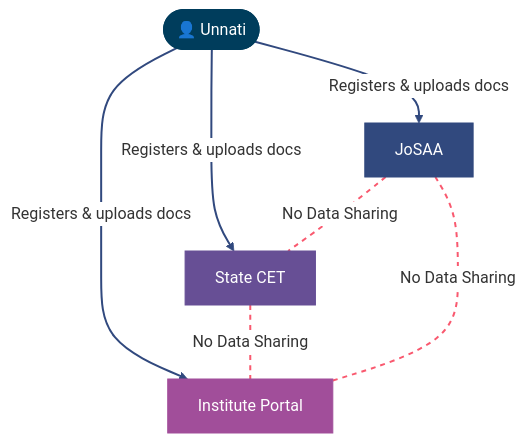
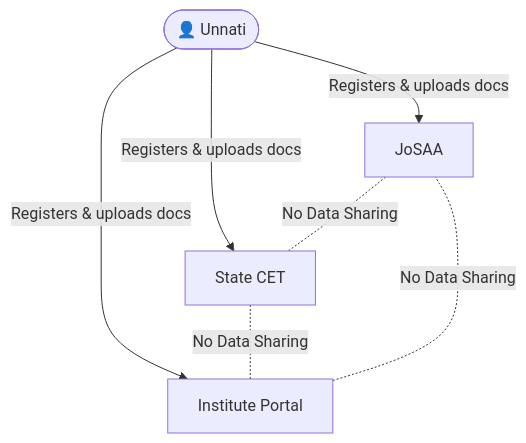
One commit to aashrutsharma/whitepaper changed the first of 3 diagrams in the-problem/what-superadmission-actually-changes.mdx. Above: the diagram before and after it, drawn with Mermaid. The commit also changed other lines of this file and 16 other files, not shown here.

````diff
--- a/the-problem/what-superadmission-actually-changes.mdx
+++ b/the-problem/what-superadmission-actually-changes.mdx
@@ -19,31 +19,13 @@
 ```mermaid
-%%{init: {
-  'theme': 'base',
-  'themeVariables': {
-    'background': 'transparent',
-    'fontFamily': 'ui-sans-serif, system-ui, -apple-system, sans-serif',
-    'lineColor': '#31497e',
-    'edgeLabelBackground': '#ffffff'
-  }
-}}%%
+
 flowchart TD
     U(["👤 Unnati"])
     
     U -->|Registers & uploads docs| J[" JoSAA"]
     U -->|Registers & uploads docs| S[" State CET"]
     U -->|Registers & uploads docs| I[" Institute Portal"]
 
     J -.-|No Data Sharing| S
     S -.-|No Data Sharing| I
     I -.-|No Data Sharing| J
-
-    %% Node Styling
-    style U fill:#003d5c,stroke:#003d5c,color:#ffffff,stroke-width:2px
-    style J fill:#31497e,stroke:#31497e,color:#ffffff,stroke-width:1px
-    style S fill:#674f95,stroke:#674f95,color:#ffffff,stroke-width:1px
-    style I fill:#a14e9a,stroke:#a14e9a,color:#ffffff,stroke-width:1px
-
-    %% Link Styling
-    linkStyle 0,1,2 stroke:#31497e,stroke-width:2px
-    linkStyle 3,4,5 stroke:#f9596f,stroke-width:2px,stroke-dasharray: 5 5
 ```
````
